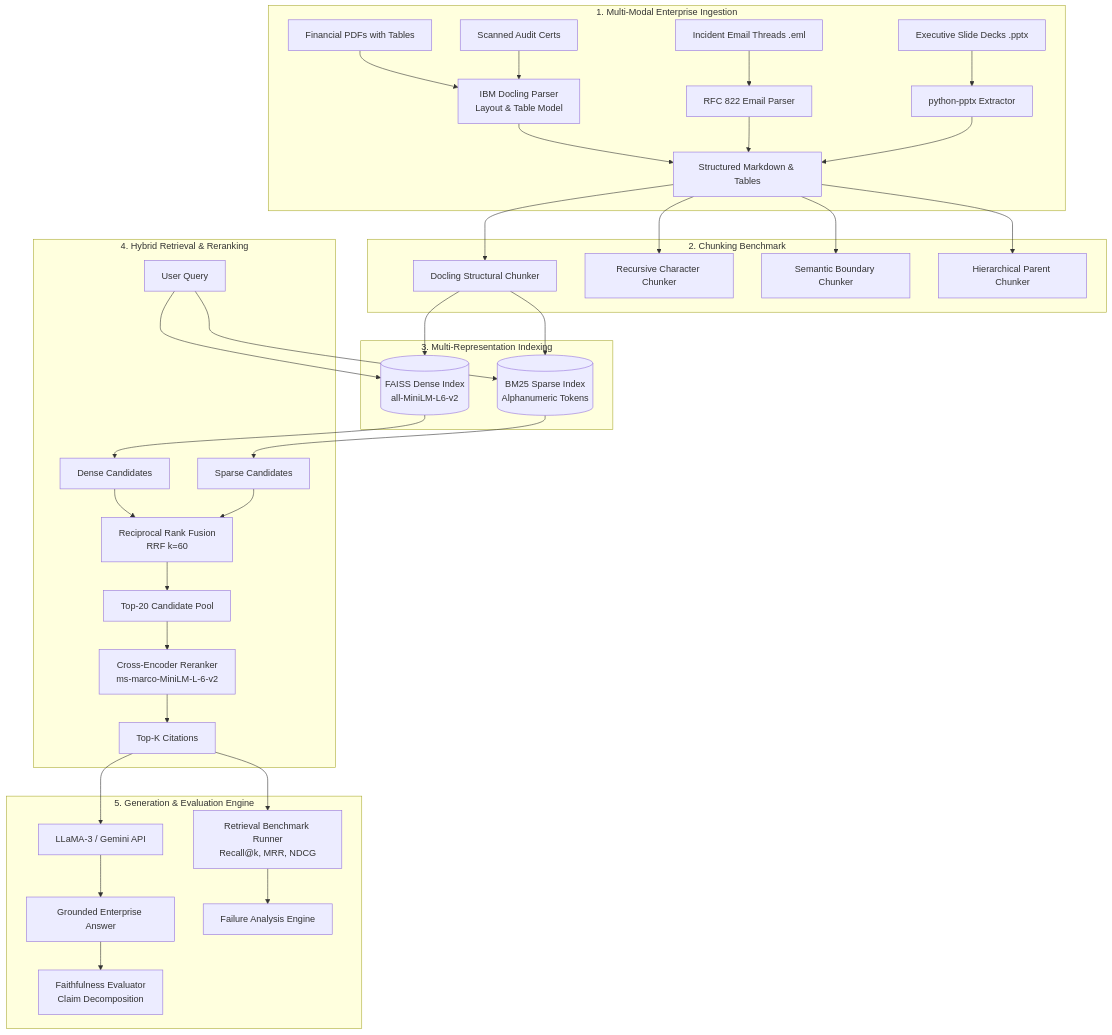
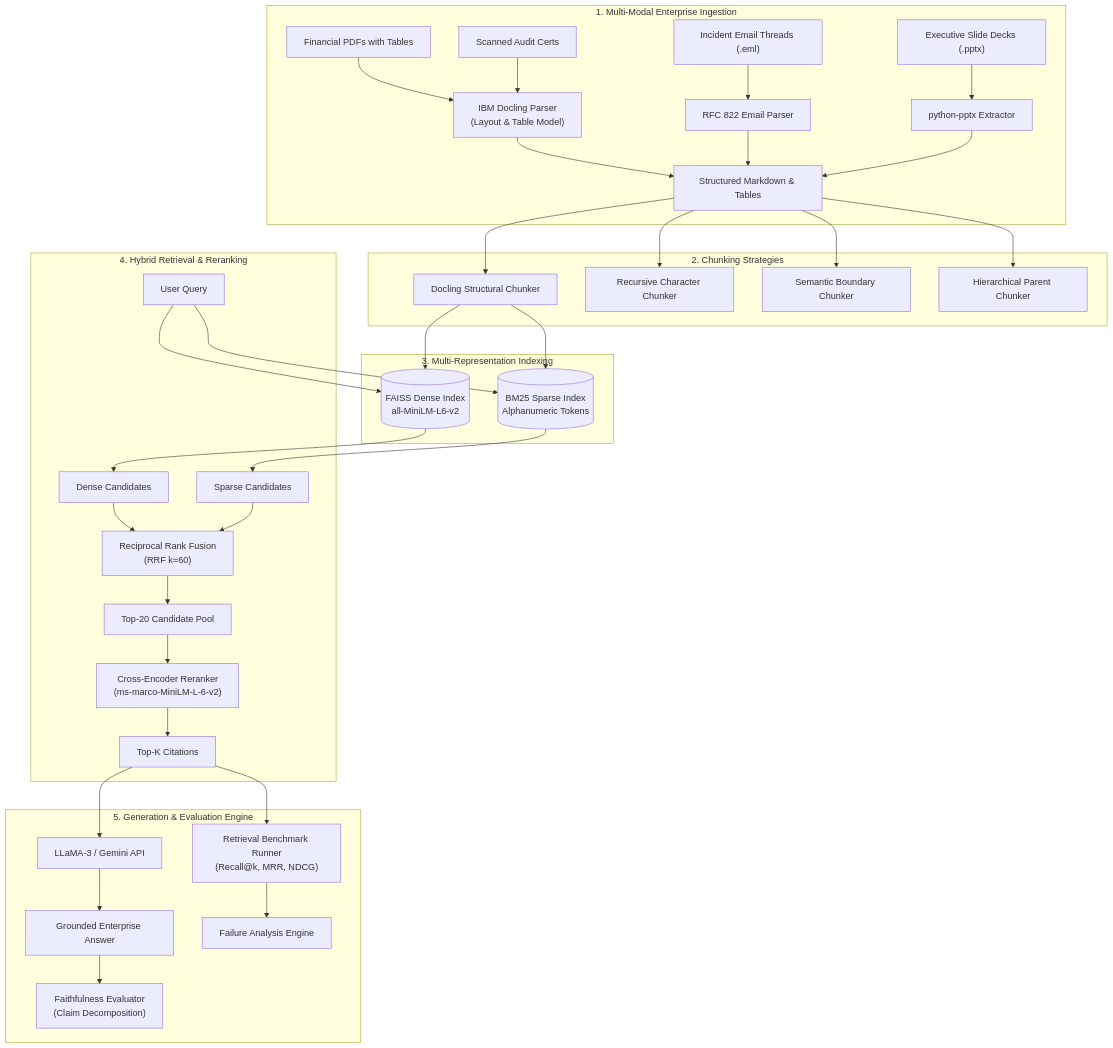
The diagram in README.md (samplewave-51bit/DoclingBench), drawn with Mermaid before and after one commit. The commit also changed other lines of this file, not shown here.

Commit message:
docs: polish README layout, visual hierarchy, and typography

````diff
--- a/README.md
+++ b/README.md
@@ -52,44 +28,44 @@
 ```mermaid
 flowchart TD
     subgraph Ingestion["1. Multi-Modal Enterprise Ingestion"]
-        A1[Financial PDFs with Tables] --> B1[IBM Docling Parser\nLayout & Table Model]
-        A2[Incident Email Threads .eml] --> B2[RFC 822 Email Parser]
-        A3[Executive Slide Decks .pptx] --> B3[python-pptx Extractor]
-        A4[Scanned Audit Certs] --> B1
-        B1 --> C[Structured Markdown & Tables]
+        A1["Financial PDFs with Tables"] --> B1["IBM Docling Parser\n(Layout & Table Model)"]
+        A2["Incident Email Threads (.eml)"] --> B2["RFC 822 Email Parser"]
+        A3["Executive Slide Decks (.pptx)"] --> B3["python-pptx Extractor"]
+        A4["Scanned Audit Certs"] --> B1
+        B1 --> C["Structured Markdown & Tables"]
         B2 --> C
         B3 --> C
     end
 
-    subgraph Chunking["2. Chunking Benchmark"]
-        C --> D1[Docling Structural Chunker]
-        C --> D2[Recursive Character Chunker]
-        C --> D3[Semantic Boundary Chunker]
-        C --> D4[Hierarchical Parent Chunker]
+    subgraph Chunking["2. Chunking Strategies"]
+        C --> D1["Docling Structural Chunker"]
+        C --> D2["Recursive Character Chunker"]
+        C --> D3["Semantic Boundary Chunker"]
+        C --> D4["Hierarchical Parent Chunker"]
     end
 
     subgraph Indexing["3. Multi-Representation Indexing"]
-        D1 --> E1[(FAISS Dense Index\nall-MiniLM-L6-v2)]
-        D1 --> E2[(BM25 Sparse Index\nAlphanumeric Tokens)]
+        D1 --> E1[("FAISS Dense Index\nall-MiniLM-L6-v2")]
+        D1 --> E2[("BM25 Sparse Index\nAlphanumeric Tokens")]
     end
 
     subgraph Retrieval["4. Hybrid Retrieval & Reranking"]
-        Q[User Query] --> E1
+        Q["User Query"] --> E1
         Q --> E2
-        E1 --> F1[Dense Candidates]
-        E2 --> F2[Sparse Candidates]
-        F1 --> G[Reciprocal Rank Fusion\nRRF k=60]
+        E1 --> F1["Dense Candidates"]
+        E2 --> F2["Sparse Candidates"]
+        F1 --> G["Reciprocal Rank Fusion\n(RRF k=60)"]
         F2 --> G
-        G --> H[Top-20 Candidate Pool]
-        H --> I[Cross-Encoder Reranker\nms-marco-MiniLM-L-6-v2]
-        I --> J[Top-K Citations]
+        G --> H["Top-20 Candidate Pool"]
+        H --> I["Cross-Encoder Reranker\n(ms-marco-MiniLM-L-6-v2)"]
+        I --> J["Top-K Citations"]
     end
 
     subgraph Evaluation["5. Generation & Evaluation Engine"]
-        J --> K[LLaMA-3 / Gemini API]
-        K --> L[Grounded Enterprise Answer]
-        L --> M[Faithfulness Evaluator\nClaim Decomposition]
-        J --> N[Retrieval Benchmark Runner\nRecall@k, MRR, NDCG]
-        N --> O[Failure Analysis Engine]
+        J --> K["LLaMA-3 / Gemini API"]
+        K --> L["Grounded Enterprise Answer"]
+        L --> M["Faithfulness Evaluator\n(Claim Decomposition)"]
+        J --> N["Retrieval Benchmark Runner\n(Recall@k, MRR, NDCG)"]
+        N --> O["Failure Analysis Engine"]
     end
 ```
````
